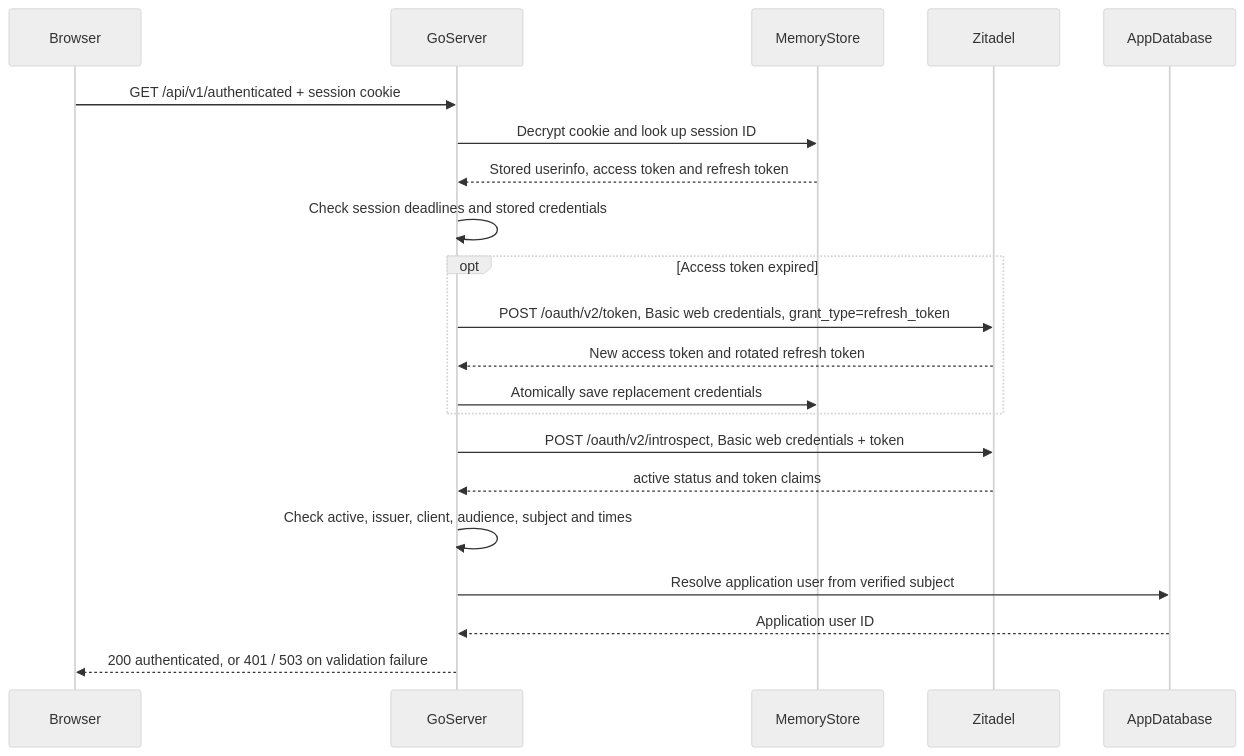
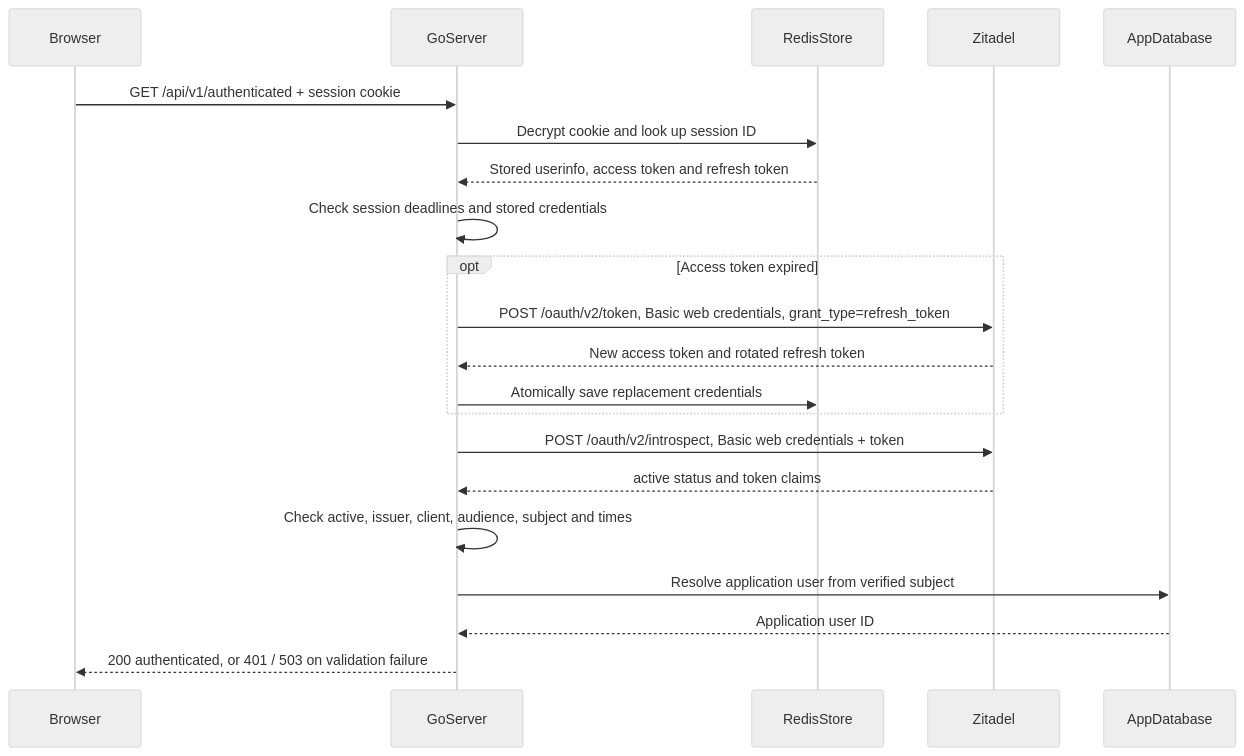
One commit to durgakiran/beskar changed the second of 2 diagrams in docs/authentication-current-sequence.md. Above: the diagram before and after it, drawn with Mermaid (neutral theme). The commit also changed other lines of this file and 18 other files, not shown here.

````diff
--- a/docs/authentication-current-sequence.md
+++ b/docs/authentication-current-sequence.md
@@ -135,23 +135,23 @@
 ```mermaid
 sequenceDiagram
     participant Browser
     participant GoServer
-    participant MemoryStore
+    participant RedisStore
     participant Zitadel
     participant AppDatabase
     Browser->>GoServer: GET /api/v1/authenticated + session cookie
-    GoServer->>MemoryStore: Decrypt cookie and look up session ID
-    MemoryStore-->>GoServer: Stored userinfo, access token and refresh token
+    GoServer->>RedisStore: Decrypt cookie and look up session ID
+    RedisStore-->>GoServer: Stored userinfo, access token and refresh token
     GoServer->>GoServer: Check session deadlines and stored credentials
     opt Access token expired
         GoServer->>Zitadel: POST /oauth/v2/token, Basic web credentials, grant_type=refresh_token
         Zitadel-->>GoServer: New access token and rotated refresh token
-        GoServer->>MemoryStore: Atomically save replacement credentials
+        GoServer->>RedisStore: Atomically save replacement credentials
     end
     GoServer->>Zitadel: POST /oauth/v2/introspect, Basic web credentials + token
     Zitadel-->>GoServer: active status and token claims
     GoServer->>GoServer: Check active, issuer, client, audience, subject and times
     GoServer->>AppDatabase: Resolve application user from verified subject
     AppDatabase-->>GoServer: Application user ID
     GoServer-->>Browser: 200 authenticated, or 401 / 503 on validation failure
 ```
````
